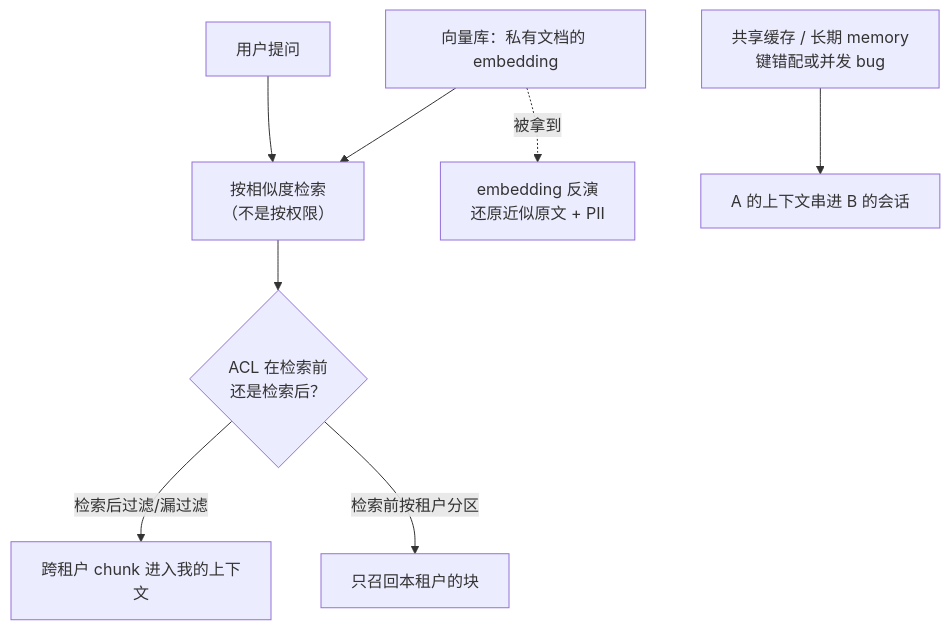
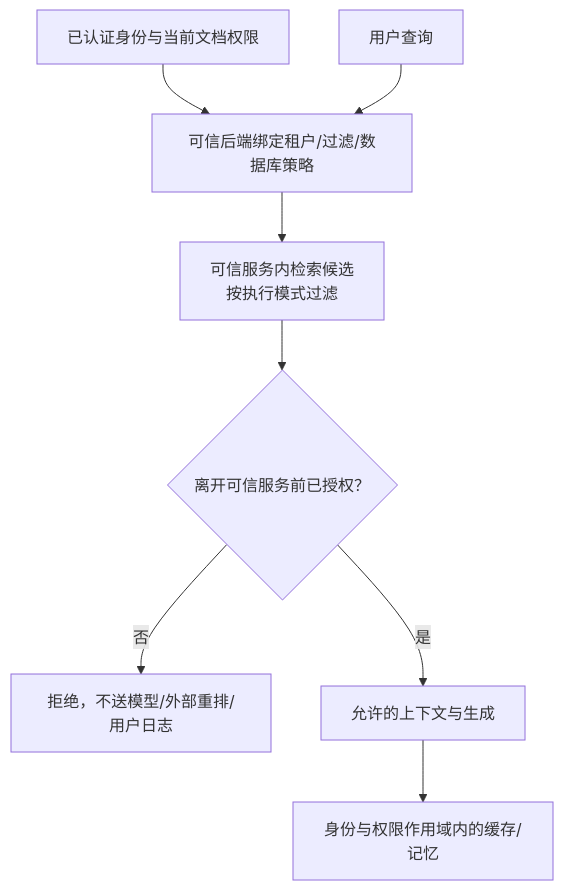
The diagram in privacy/04-rag-agents/rag-retrieval-leakage.mdx (XuebinMa/AIWiki), drawn with Mermaid before and after one commit. The commit also changed other lines of this file and 325 other files, not shown here.

````diff
--- a/privacy/04-rag-agents/rag-retrieval-leakage.mdx
+++ b/privacy/04-rag-agents/rag-retrieval-leakage.mdx
@@ -42,10 +42,10 @@
 ```mermaid
 flowchart TB
-    Q["用户提问"] --> R["按相似度检索<br/>（不是按权限）"]
-    V["向量库：私有文档的 embedding"] --> R
-    V -.被拿到.-> INV["embedding 反演<br/>还原近似原文 + PII"]
-    R --> A{"ACL 在检索前<br/>还是检索后？"}
-    A -->|检索后过滤/漏过滤| LEAK["跨租户 chunk 进入我的上下文"]
-    A -->|检索前按租户分区| OK["只召回本租户的块"]
-    C["共享缓存 / 长期 memory<br/>键错配或并发 bug"] --> BLEED["A 的上下文串进 B 的会话"]
+    I["已认证身份与当前文档权限"] --> B["可信后端绑定租户/过滤/数据库策略"]
+    Q["用户查询"] --> B
+    B --> R["可信服务内检索候选<br/>按执行模式过滤"]
+    R --> A{"离开可信服务前已授权？"}
+    A -->|否| X["拒绝，不送模型/外部重排/用户日志"]
+    A -->|是| M["允许的上下文与生成"]
+    M --> C["身份与权限作用域内的缓存/记忆"]
 ```
````
